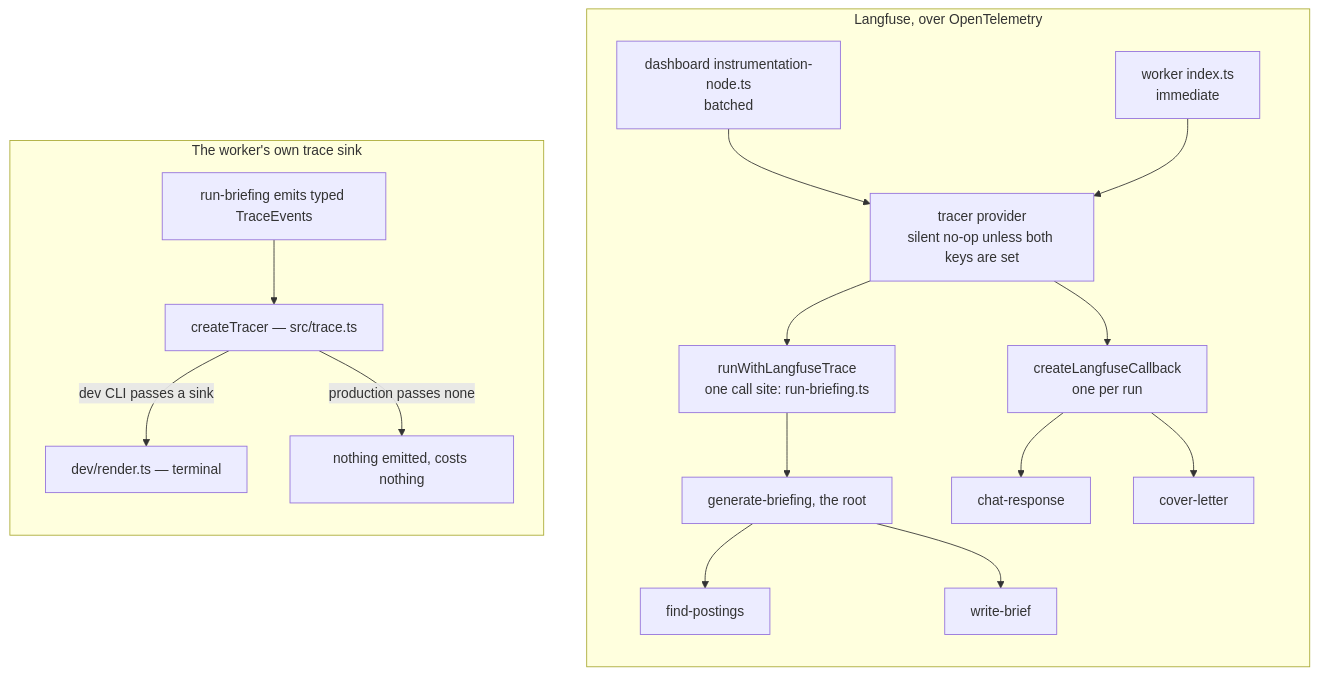
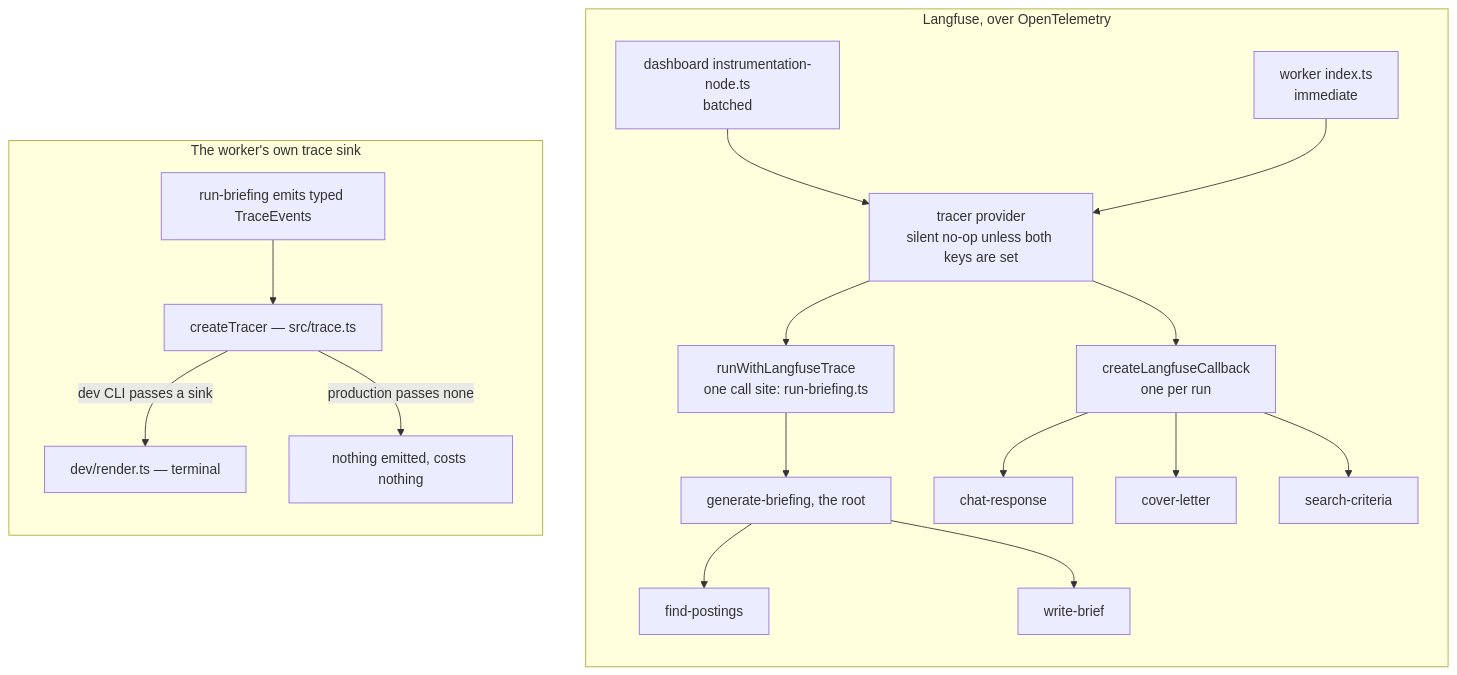
The fifth of 5 diagrams in docs/agent-architecture.md (sunnyeyles/control-panel), drawn with Mermaid before and after one commit. The commit also changed other lines of this file and 17 other files, not shown here.

````diff
--- a/docs/agent-architecture.md
+++ b/docs/agent-architecture.md
@@ -258,23 +294,24 @@
 ```mermaid
 flowchart TD
     subgraph lfuse ["Langfuse, over OpenTelemetry"]
         direction TB
         I1["dashboard instrumentation-node.ts<br/>batched"] --> P
         I2["worker index.ts<br/>immediate"] --> P
         P["tracer provider<br/>silent no-op unless both keys are set"]
         P --> R["runWithLangfuseTrace<br/>one call site: run-briefing.ts"]
         P --> CB["createLangfuseCallback<br/>one per run"]
         R --> R1["generate-briefing, the root"]
         R1 --> R2["find-postings"]
         R1 --> R3["write-brief"]
         CB --> CB1["chat-response"]
         CB --> CB2["cover-letter"]
+        CB --> CB3["search-criteria"]
     end
 
     subgraph sink ["The worker's own trace sink"]
         direction TB
         T1["run-briefing emits typed TraceEvents"] --> T2["createTracer — src/trace.ts"]
         T2 -->|"dev CLI passes a sink"| T3["dev/render.ts — terminal"]
         T2 -->|"production passes none"| T4["nothing emitted, costs nothing"]
     end
 ```
````
